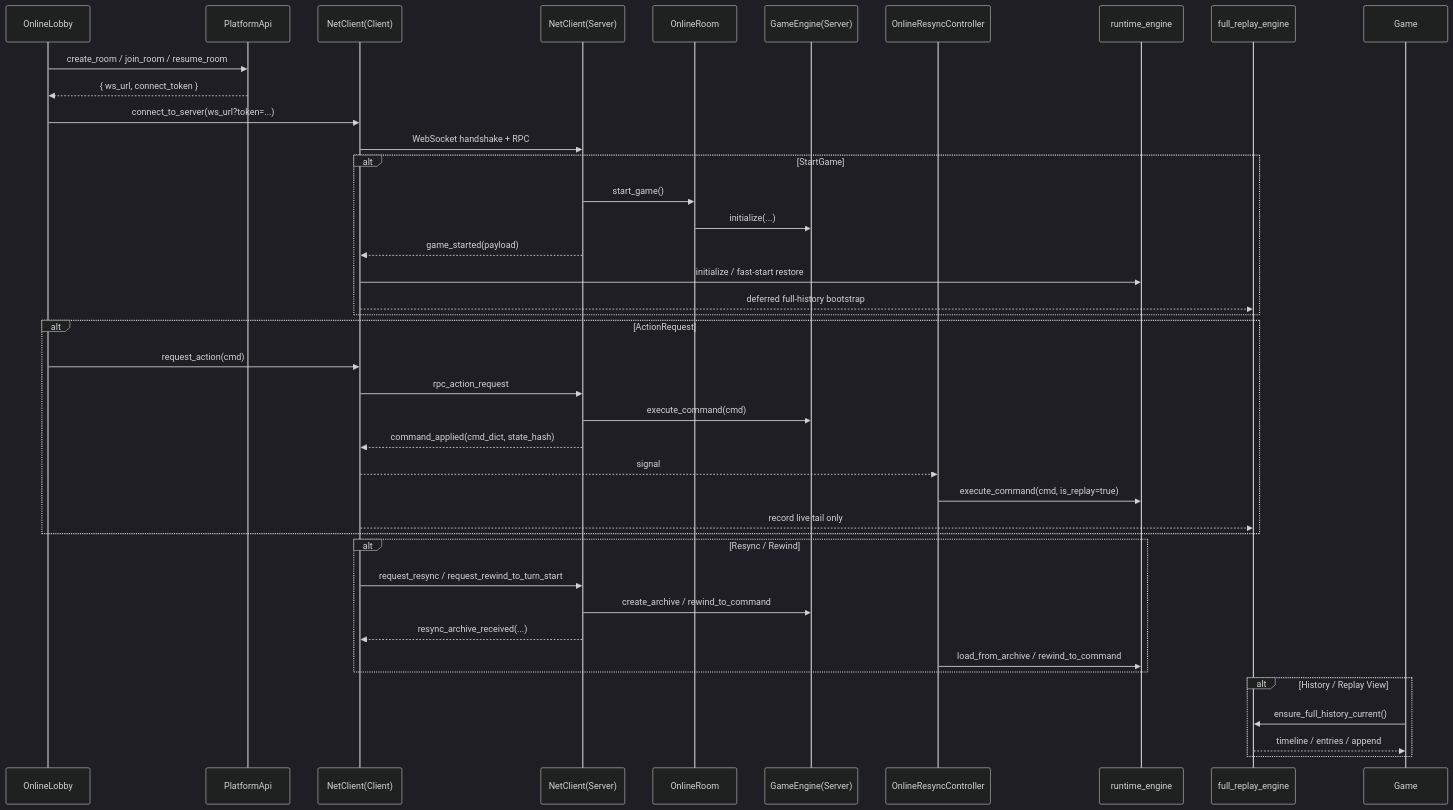
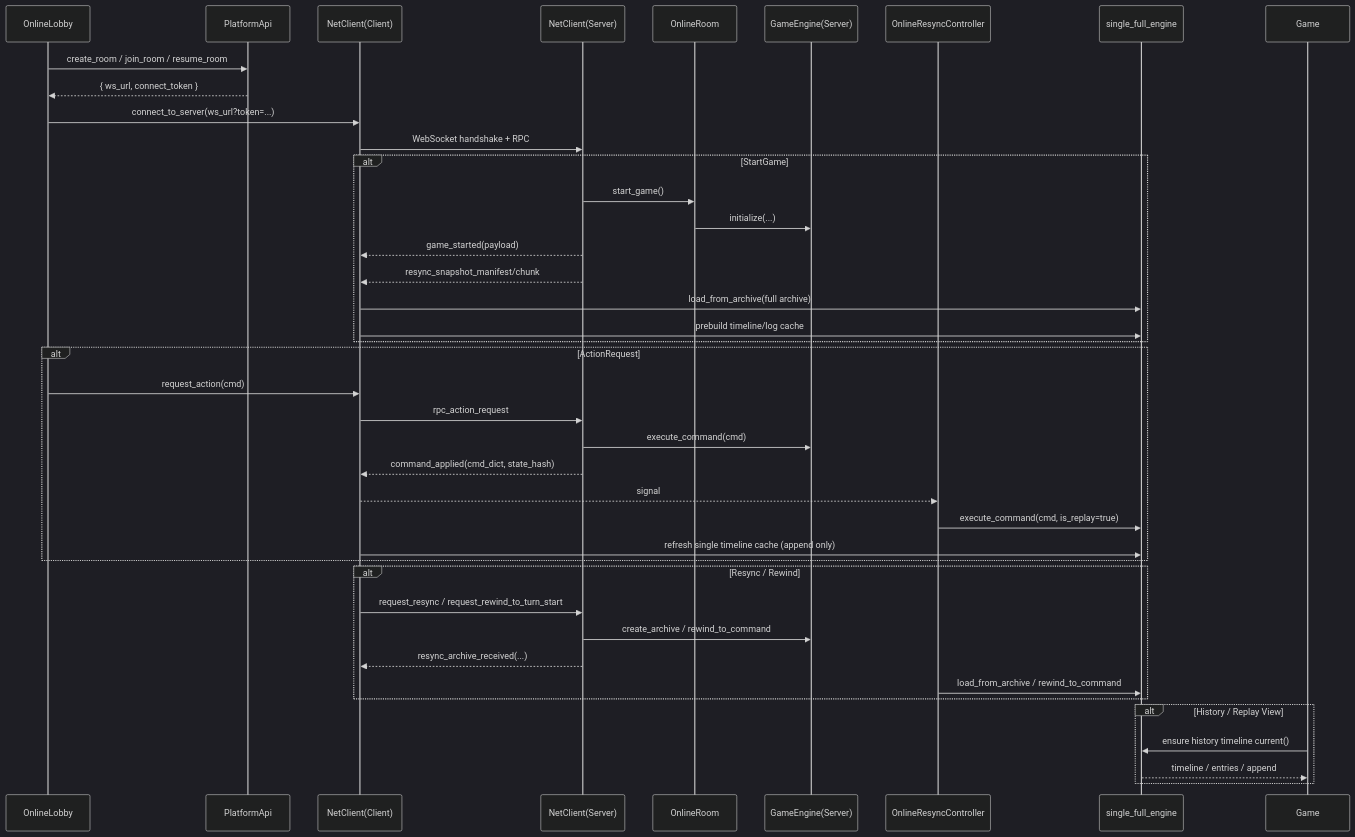
The second of 2 diagrams in docs/architecture/70-online-multiplayer.md (ygowill/food_chain_magnate), drawn with Mermaid (dark theme) before and after one commit. The commit also changed other lines of this file and 28 other files, not shown here.

Commit message:
refactor(online): switch resume bootstrap to single full engine

````diff
--- a/docs/architecture/70-online-multiplayer.md
+++ b/docs/architecture/70-online-multiplayer.md
@@ -63,47 +63,47 @@
 ```mermaid
 sequenceDiagram
   participant Lobby as OnlineLobby
   participant API as PlatformApi
   participant NC as NetClient(Client)
   participant NS as NetClient(Server)
   participant Room as OnlineRoom
   participant ES as GameEngine(Server)
   participant RC as OnlineResyncController
-  participant Runtime as runtime_engine
-  participant Full as full_replay_engine
+  participant FullLive as single_full_engine
 
   Lobby->>API: create_room / join_room / resume_room
   API-->>Lobby: { ws_url, connect_token }
   Lobby->>NC: connect_to_server(ws_url?token=...)
   NC->>NS: WebSocket handshake + RPC
 
   alt StartGame
     NS->>Room: start_game()
     Room->>ES: initialize(...)
     NS-->>NC: game_started(payload)
-    NC->>Runtime: initialize / fast-start restore
-    NC-->>Full: deferred full-history bootstrap
+    NS-->>NC: resync_snapshot_manifest/chunk
+    NC->>FullLive: load_from_archive(full archive)
+    NC->>FullLive: prebuild timeline/log cache
   end
 
   alt ActionRequest
     Lobby->>NC: request_action(cmd)
     NC->>NS: rpc_action_request
     NS->>ES: execute_command(cmd)
     NS-->>NC: command_applied(cmd_dict, state_hash)
     NC-->>RC: signal
-    RC->>Runtime: execute_command(cmd, is_replay=true)
-    NC-->>Full: record live tail only
+    RC->>FullLive: execute_command(cmd, is_replay=true)
+    NC->>FullLive: refresh single timeline cache (append only)
   end
 
   alt Resync / Rewind
     NC->>NS: request_resync / request_rewind_to_turn_start
     NS->>ES: create_archive / rewind_to_command
     NS-->>NC: resync_archive_received(...)
-    RC->>Runtime: load_from_archive / rewind_to_command
+    RC->>FullLive: load_from_archive / rewind_to_command
   end
 
   alt History / Replay View
-    Game->>Full: ensure_full_history_current()
-    Full-->>Game: timeline / entries / append
+    Game->>FullLive: ensure history timeline current()
+    FullLive-->>Game: timeline / entries / append
   end
 ```
````
